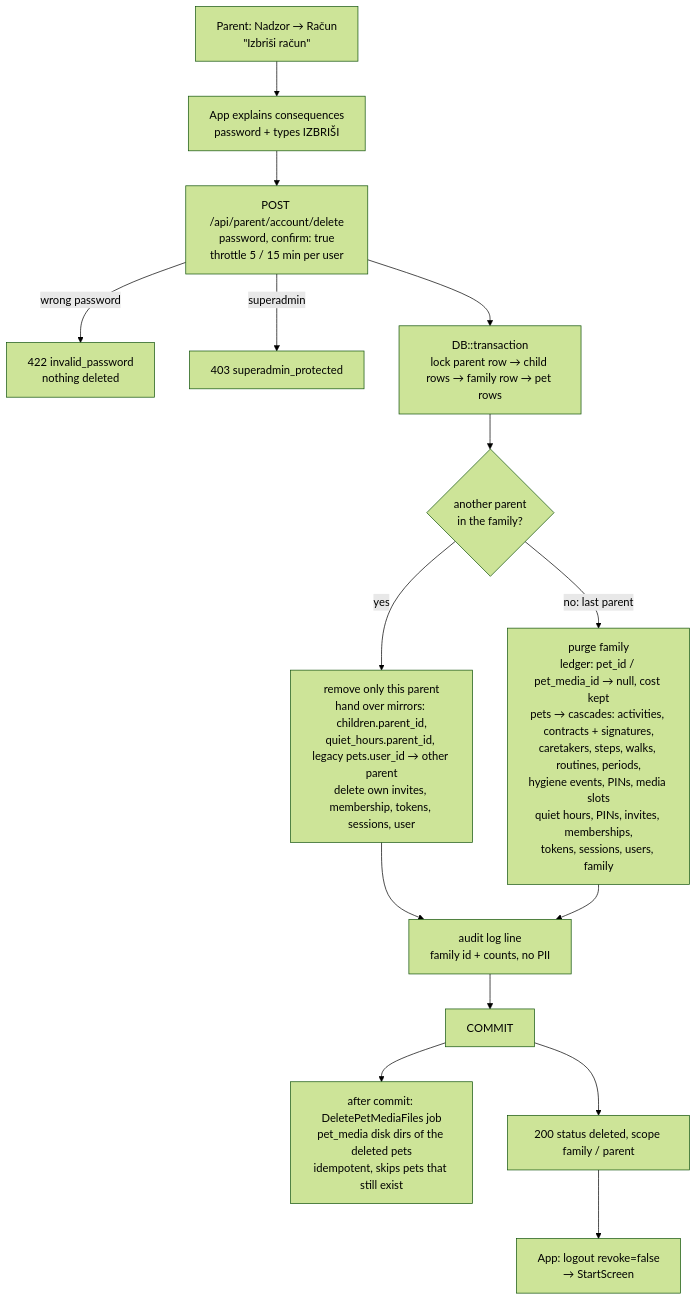
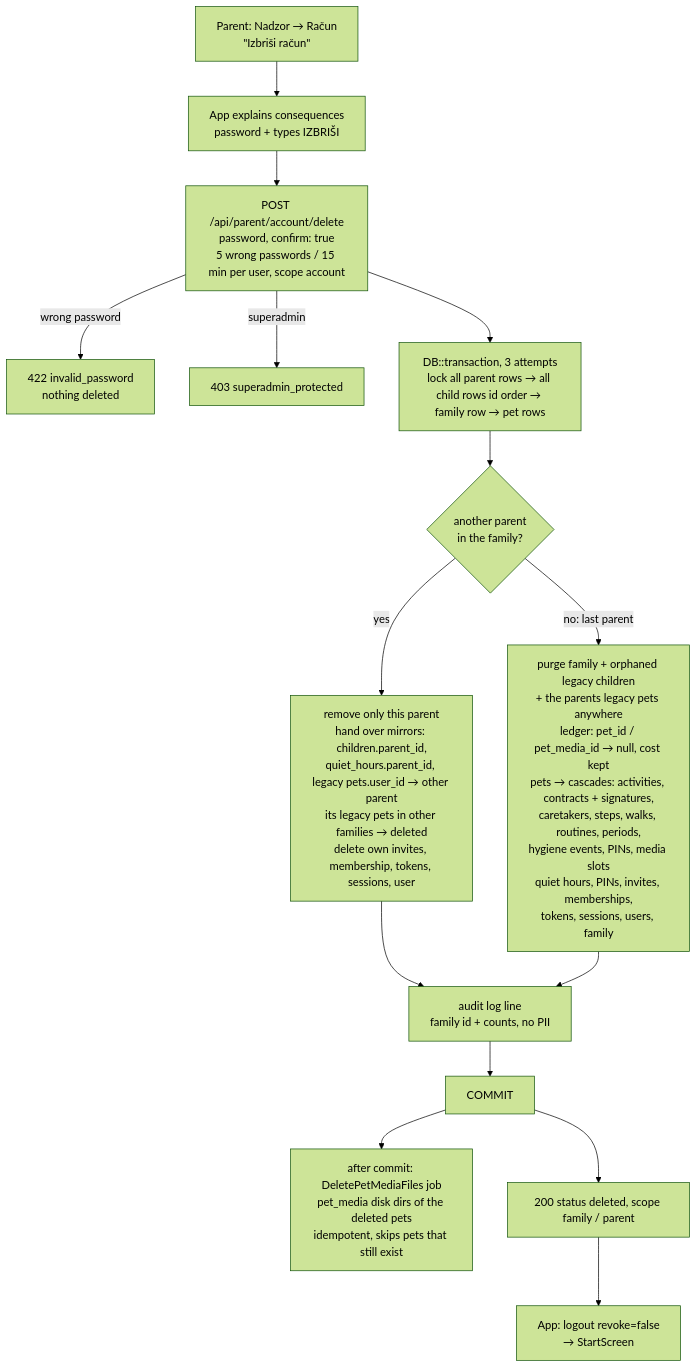
One commit to DataVallis/pet-prep changed the seventh of 25 diagrams in docs/engineering/DIAGRAMS.md. Above: the diagram before and after it, drawn with Mermaid (forest theme). The commit also changed other lines of this file and 5 other files, not shown here.

````diff
--- a/docs/engineering/DIAGRAMS.md
+++ b/docs/engineering/DIAGRAMS.md
@@ -235,17 +235,17 @@
 ```mermaid
 flowchart TD
   A[Parent: Nadzor → Račun<br/>&quot;Izbriši račun&quot;] --> B[App explains consequences<br/>password + types IZBRIŠI]
-  B --> C[POST /api/parent/account/delete<br/>password, confirm: true<br/>throttle 5 / 15 min per user]
+  B --> C[POST /api/parent/account/delete<br/>password, confirm: true<br/>5 wrong passwords / 15 min per user, scope account]
   C -->|wrong password| E1[422 invalid_password<br/>nothing deleted]
   C -->|superadmin| E2[403 superadmin_protected]
-  C --> T[DB::transaction<br/>lock parent row → child rows → family row → pet rows]
+  C --> T[DB::transaction, 3 attempts<br/>lock all parent rows → all child rows id order → family row → pet rows]
   T --> Q{another parent<br/>in the family?}
-  Q -->|yes| P[remove only this parent<br/>hand over mirrors: children.parent_id,<br/>quiet_hours.parent_id, legacy pets.user_id → other parent<br/>delete own invites, membership, tokens, sessions, user]
-  Q -->|no: last parent| F[purge family<br/>ledger: pet_id / pet_media_id → null, cost kept<br/>pets → cascades: activities, contracts + signatures,<br/>caretakers, steps, walks, routines, periods,<br/>hygiene events, PINs, media slots<br/>quiet hours, PINs, invites, memberships,<br/>tokens, sessions, users, family]
+  Q -->|yes| P[remove only this parent<br/>hand over mirrors: children.parent_id,<br/>quiet_hours.parent_id, legacy pets.user_id → other parent<br/>its legacy pets in other families → deleted<br/>delete own invites, membership, tokens, sessions, user]
+  Q -->|no: last parent| F[purge family + orphaned legacy children<br/>+ the parents legacy pets anywhere<br/>ledger: pet_id / pet_media_id → null, cost kept<br/>pets → cascades: activities, contracts + signatures,<br/>caretakers, steps, walks, routines, periods,<br/>hygiene events, PINs, media slots<br/>quiet hours, PINs, invites, memberships,<br/>tokens, sessions, users, family]
   P --> L[audit log line<br/>family id + counts, no PII]
   F --> L
   L --> K[COMMIT]
   K --> J[after commit: DeletePetMediaFiles job<br/>pet_media disk dirs of the deleted pets<br/>idempotent, skips pets that still exist]
   K --> R[200 status deleted, scope family / parent]
   R --> O[App: logout revoke=false<br/>→ StartScreen]
 ```
````
